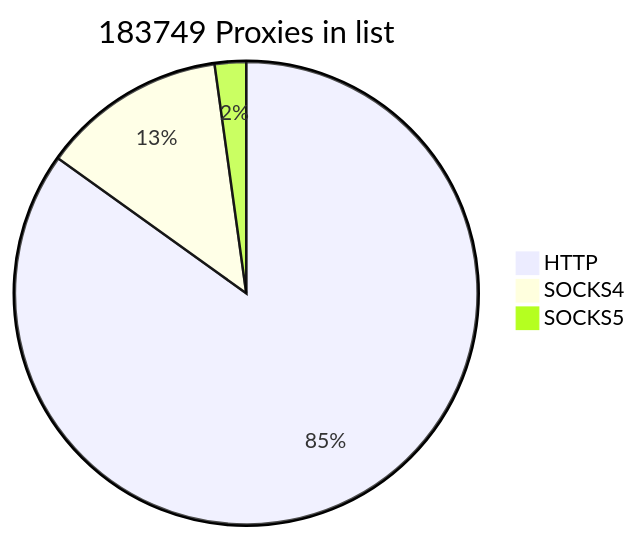
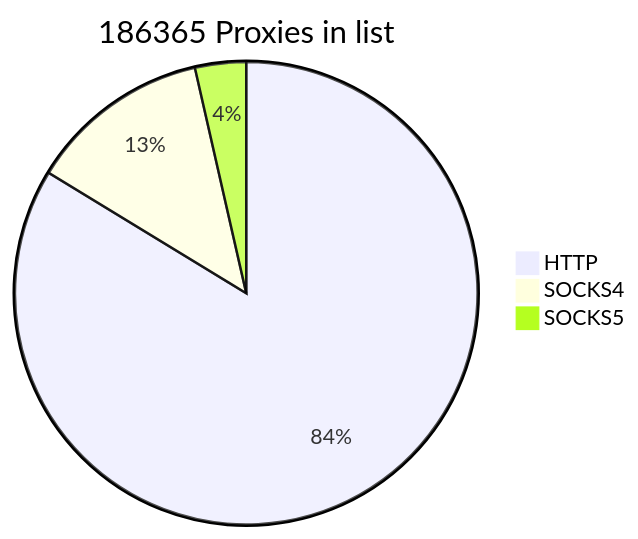
The first of 2 diagrams in README.md (cutipu/proxylist), drawn with Mermaid before and after one commit. The commit also changed other lines of this file, not shown here.

````diff
--- a/README.md
+++ b/README.md
@@ -2,7 +2,7 @@
 ```mermaid
-pie title 183749 Proxies in list
+pie title 186365 Proxies in list
     "HTTP" : 156010
-    "SOCKS4" : 23713
-    "SOCKS5" : 4026
+    "SOCKS4" : 23710
+    "SOCKS5" : 6645
             
 ```
````
